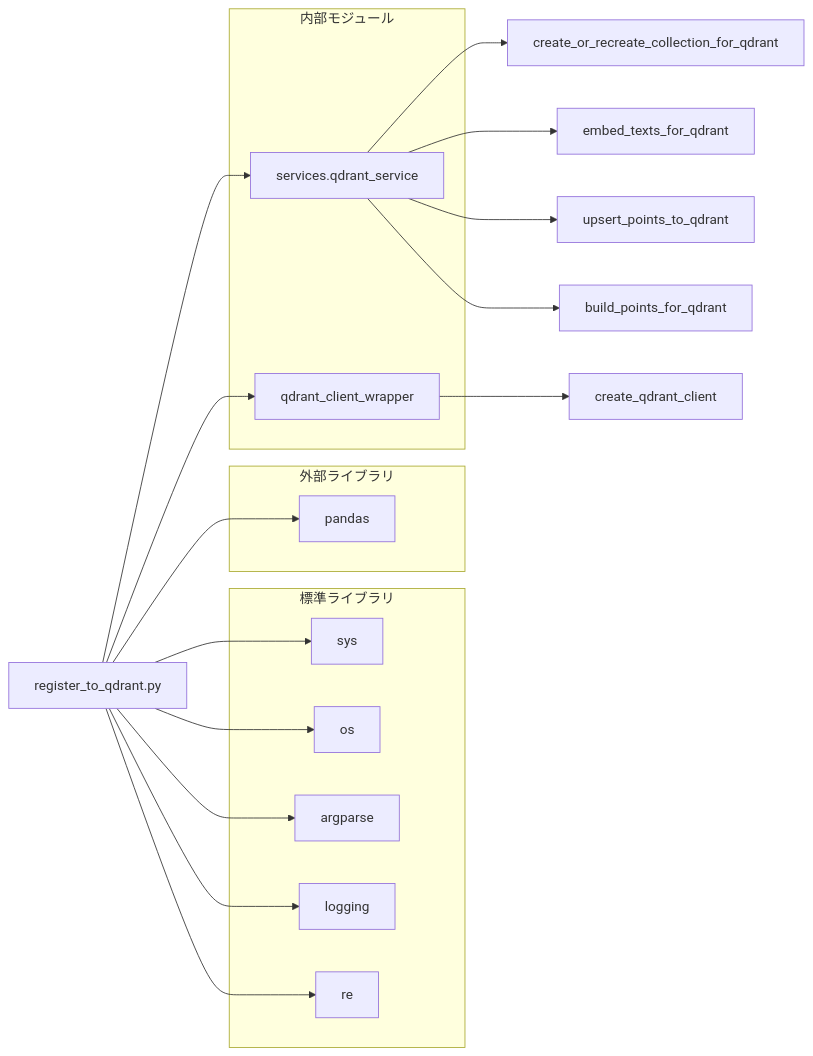
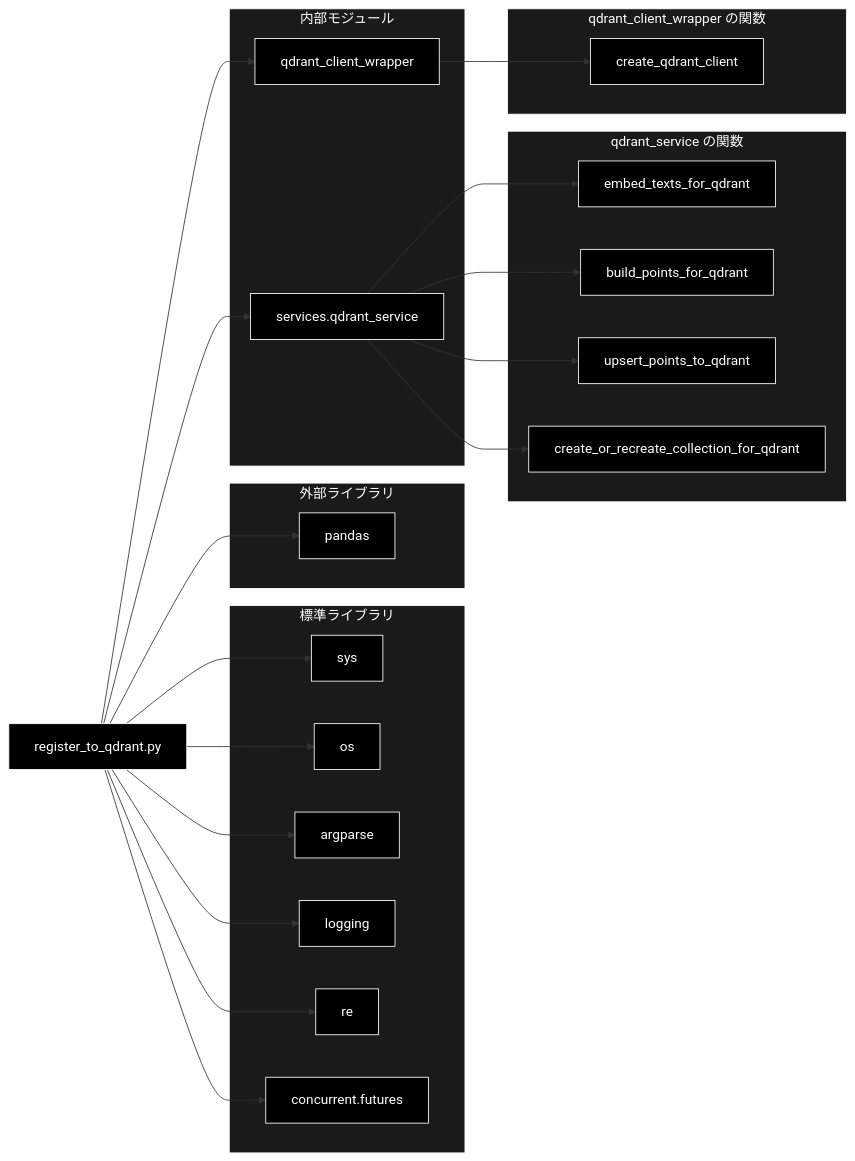
One commit to nakashima2toshio/anthropic_grace_agent_v2 changed the third of 3 diagrams in qa_qdrant/doc/register_to_qdrant.md. Above: the diagram before and after it, drawn with Mermaid. The commit also changed other lines of this file and 4 other files, not shown here.

````diff
--- a/qa_qdrant/doc/register_to_qdrant.md
+++ b/qa_qdrant/doc/register_to_qdrant.md
@@ -482,37 +531,57 @@
 ```mermaid
 flowchart LR
-    REGISTER[register_to_qdrant.py]
+    REGISTER["register_to_qdrant.py"]
 
     subgraph STDLIB["標準ライブラリ"]
-        SYS[sys]
-        OS[os]
-        ARGPARSE[argparse]
-        LOGGING[logging]
-        RE[re]
+        SYS["sys"]
+        OS["os"]
+        ARGPARSE["argparse"]
+        LOGGING["logging"]
+        RE["re"]
+        CF["concurrent.futures"]
     end
 
     subgraph EXTERNAL["外部ライブラリ"]
-        PANDAS[pandas]
+        PANDAS["pandas"]
     end
 
     subgraph INTERNAL["内部モジュール"]
-        QDRANT_SVC[services.qdrant_service]
-        WRAPPER[qdrant_client_wrapper]
+        QSVC["services.qdrant_service"]
+        WRAPPER["qdrant_client_wrapper"]
+    end
+
+    subgraph QSVC_FUNCS["qdrant_service の関数"]
+        EMBED["embed_texts_for_qdrant"]
+        BUILD["build_points_for_qdrant"]
+        UPSERT["upsert_points_to_qdrant"]
+        CREATEC["create_or_recreate_collection_for_qdrant"]
+    end
+
+    subgraph WRAPPER_FUNCS["qdrant_client_wrapper の関数"]
+        CLIENTF["create_qdrant_client"]
     end
 
     REGISTER --> SYS
     REGISTER --> OS
     REGISTER --> ARGPARSE
     REGISTER --> LOGGING
     REGISTER --> RE
+    REGISTER --> CF
     REGISTER --> PANDAS
-    REGISTER --> QDRANT_SVC
+    REGISTER --> QSVC
     REGISTER --> WRAPPER
+    QSVC --> EMBED
+    QSVC --> BUILD
+    QSVC --> UPSERT
+    QSVC --> CREATEC
+    WRAPPER --> CLIENTF
 
-    QDRANT_SVC --> CREATE_COLL[create_or_recreate_collection_for_qdrant]
-    QDRANT_SVC --> EMBED[embed_texts_for_qdrant]
-    QDRANT_SVC --> UPSERT[upsert_points_to_qdrant]
-    QDRANT_SVC --> BUILD[build_points_for_qdrant]
-
-    WRAPPER --> CLIENT[create_qdrant_client]
+classDef default fill:#000,stroke:#fff,color:#fff
+classDef subgraphStyle fill:#1a1a1a,stroke:#fff,color:#fff
+class REGISTER,SYS,OS,ARGPARSE,LOGGING,RE,CF,PANDAS,QSVC,WRAPPER,EMBED,BUILD,UPSERT,CREATEC,CLIENTF default
+style STDLIB fill:#1a1a1a,stroke:#fff,color:#fff
+style EXTERNAL fill:#1a1a1a,stroke:#fff,color:#fff
+style INTERNAL fill:#1a1a1a,stroke:#fff,color:#fff
+style QSVC_FUNCS fill:#1a1a1a,stroke:#fff,color:#fff
+style WRAPPER_FUNCS fill:#1a1a1a,stroke:#fff,color:#fff
 ```
````
